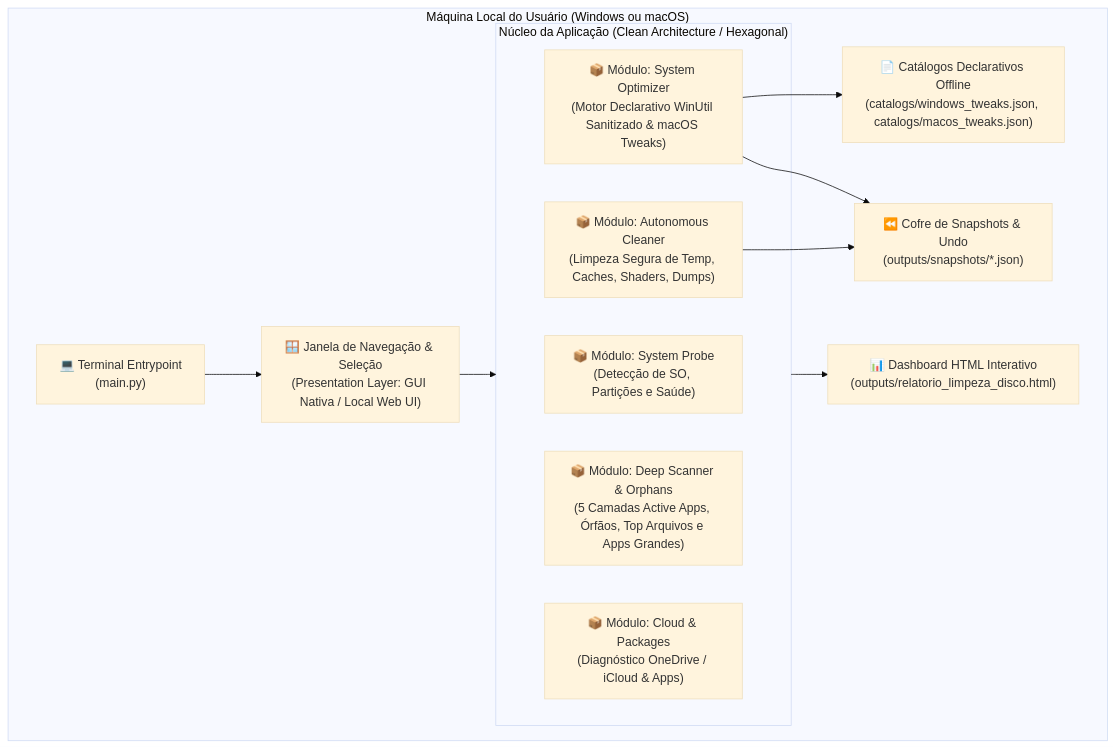
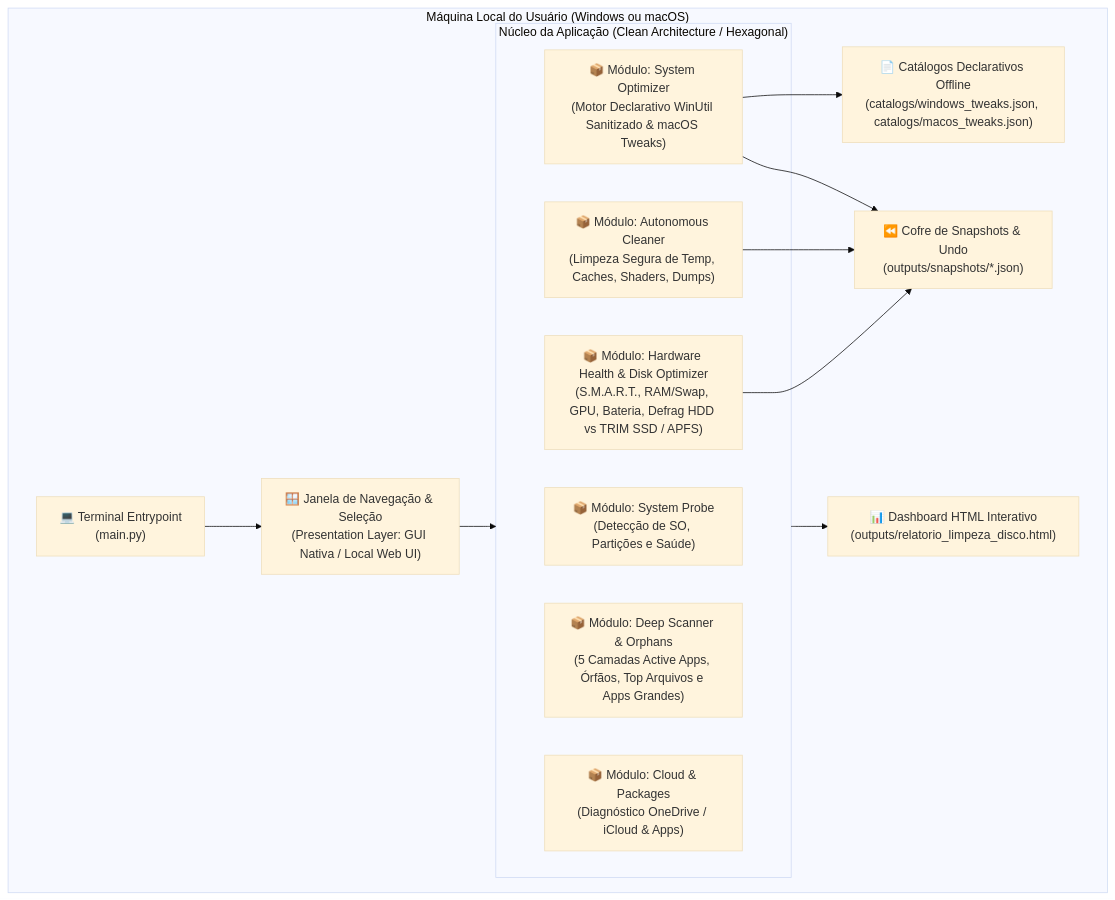
Before and after one commit to abdielcordeiro/limpeza-desktop: the third of 5 diagrams in docs/architecture/01-SYSTEM-DESIGN-C4.md, drawn with Mermaid (base theme). The commit also changed other lines of this file and 3 other files, not shown here.

Commit message:
docs: add RF-13, RF-14 and ADR-008 for hardware health and disk optimization with NVMe guardrails

````diff
--- a/docs/architecture/01-SYSTEM-DESIGN-C4.md
+++ b/docs/architecture/01-SYSTEM-DESIGN-C4.md
@@ -64,26 +64,28 @@
 ```mermaid
 flowchart TB
     subgraph Host["Máquina Local do Usuário (Windows ou macOS)"]
         CLI["💻 Terminal Entrypoint<br/>(main.py)"]
         GUI_Wizard["🪟 Janela de Navegação & Seleção<br/>(Presentation Layer: GUI Nativa / Local Web UI)"]
         
         subgraph CoreApp["Núcleo da Aplicação (Clean Architecture / Hexagonal)"]
             ModProbe["📦 Módulo: System Probe<br/>(Detecção de SO, Partições e Saúde)"]
             ModCleaner["📦 Módulo: Autonomous Cleaner<br/>(Limpeza Segura de Temp, Caches, Shaders, Dumps)"]
             ModScanner["📦 Módulo: Deep Scanner & Orphans<br/>(5 Camadas Active Apps, Órfãos, Top Arquivos e Apps Grandes)"]
             ModOptimizer["📦 Módulo: System Optimizer<br/>(Motor Declarativo WinUtil Sanitizado & macOS Tweaks)"]
             ModCloud["📦 Módulo: Cloud & Packages<br/>(Diagnóstico OneDrive / iCloud & Apps)"]
+            ModHardware["📦 Módulo: Hardware Health & Disk Optimizer<br/>(S.M.A.R.T., RAM/Swap, GPU, Bateria, Defrag HDD vs TRIM SSD / APFS)"]
         end
 
         Catalogs["📄 Catálogos Declarativos Offline<br/>(catalogs/windows_tweaks.json, catalogs/macos_tweaks.json)"]
         Snapshots["⏪ Cofre de Snapshots & Undo<br/>(outputs/snapshots/*.json)"]
         HTMLReport["📊 Dashboard HTML Interativo<br/>(outputs/relatorio_limpeza_disco.html)"]
     end
 
     CLI --> GUI_Wizard
     GUI_Wizard --> CoreApp
     ModOptimizer --> Catalogs
     ModOptimizer --> Snapshots
     ModCleaner --> Snapshots
+    ModHardware --> Snapshots
     CoreApp --> HTMLReport
 ```
````
